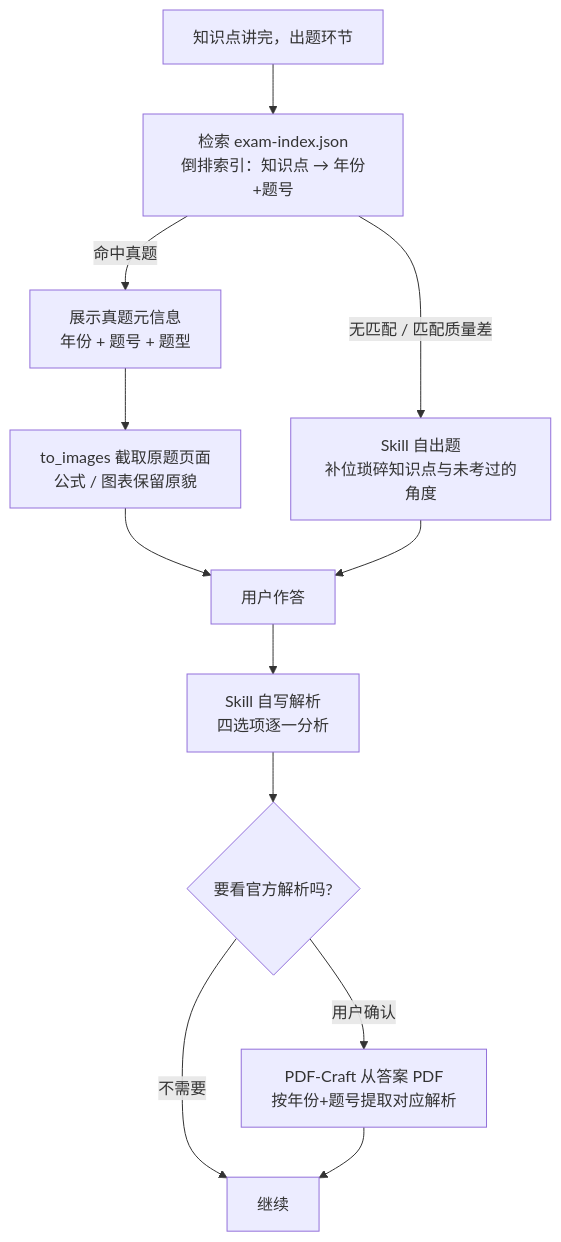
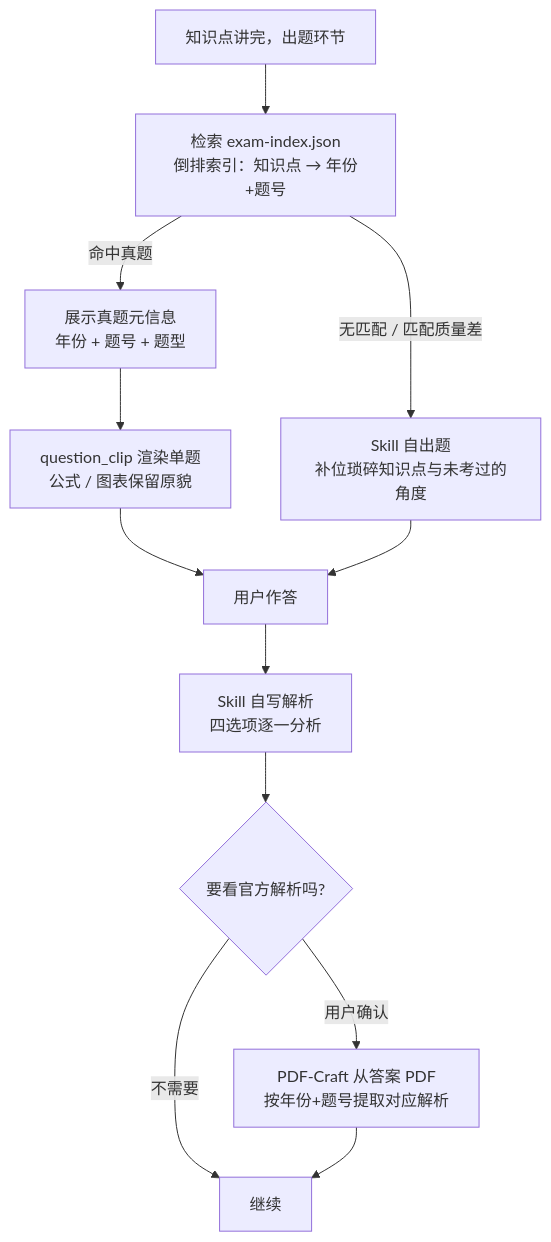
The second of 3 diagrams in README.md (WeatherCore/408), drawn with Mermaid before and after one commit. The commit also changed other lines of this file and 1 other file, not shown here.

Commit message:
docs: 全面更新数字与截图描述——1947 词条、单题裁剪、项目结构、Roadmap

````diff
--- a/README.md
+++ b/README.md
@@ -154,14 +154,14 @@
 ```mermaid
 flowchart TB
     Q[知识点讲完，出题环节] --> S[检索 exam-index.json<br/>倒排索引：知识点 → 年份+题号]
     S -->|命中真题| M[展示真题元信息<br/>年份 + 题号 + 题型]
     S -->|无匹配 / 匹配质量差| G[Skill 自出题<br/>补位琐碎知识点与未考过的角度]
-    M --> P[to_images 截取原题页面<br/>公式 / 图表保留原貌]
+    M --> P[question_clip 渲染单题<br/>公式 / 图表保留原貌]
     P --> A[用户作答]
     G --> A
     A --> E1[Skill 自写解析<br/>四选项逐一分析]
     E1 --> E2{要看官方解析吗?}
     E2 -->|用户确认| E3[PDF-Craft 从答案 PDF<br/>按年份+题号提取对应解析]
     E2 -->|不需要| E4[继续]
     E3 --> E4
 ```
````
